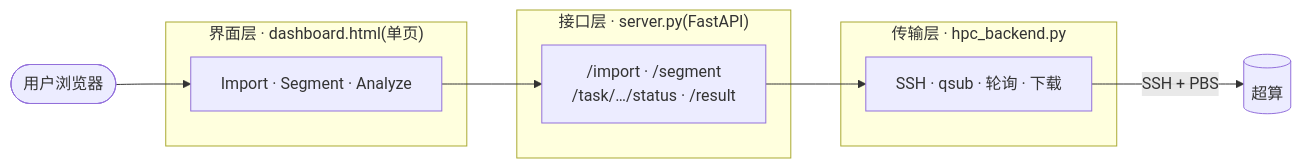
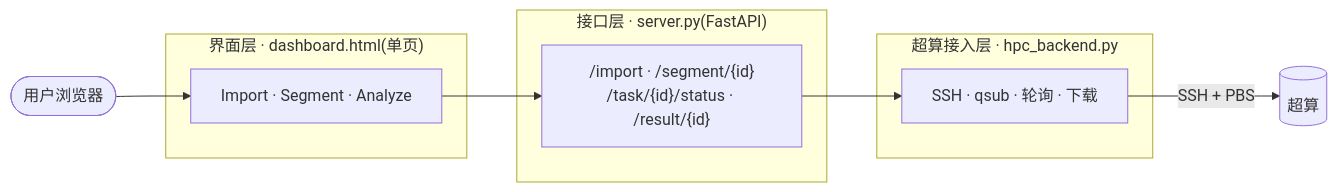
One commit to zhangenzhi/ffformer changed the second of 2 diagrams in docs/manual/04.5-from-zero-to-end-app.md. Above: the diagram before and after it, drawn with Mermaid. The commit also changed other lines of this file, not shown here.

````diff
--- a/docs/manual/04.5-from-zero-to-end-app.md
+++ b/docs/manual/04.5-from-zero-to-end-app.md
@@ -159,16 +171,16 @@
 ```mermaid
 flowchart LR
     U([用户浏览器])
     subgraph FE["界面层 · dashboard.html(单页)"]
         T["Import · Segment · Analyze"]
     end
     subgraph API["接口层 · server.py(FastAPI)"]
-        E["/import · /segment<br/>/task/…/status · /result"]
+        E["/import · /segment/{id}<br/>/task/{id}/status · /result/{id}"]
     end
-    subgraph BK["传输层 · hpc_backend.py"]
+    subgraph BK["超算接入层 · hpc_backend.py"]
         H["SSH · qsub · 轮询 · 下载"]
     end
     HPC[(超算)]
     U --> T --> E --> H
     H -->|"SSH + PBS"| HPC
 ```
````
